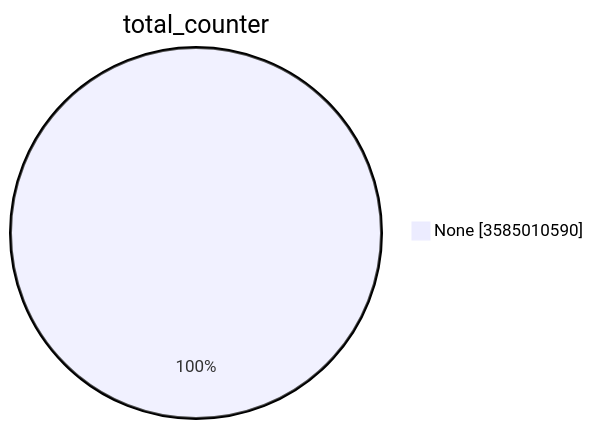
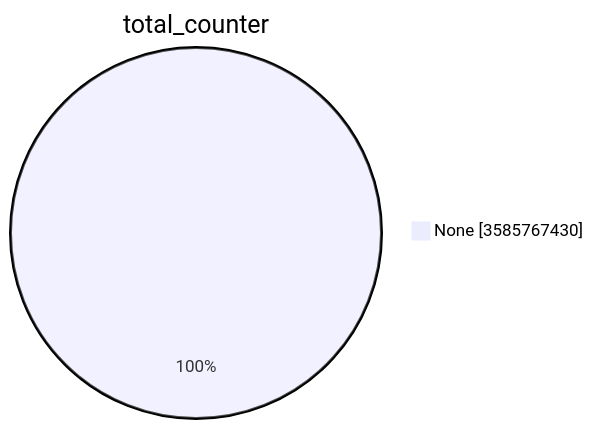
The first of 15 diagrams in TOTAL/README.md (christiankrug/ctmonitor_visualization), drawn with Mermaid before and after one commit. The commit also changed other lines of this file, not shown here.

````diff
--- a/TOTAL/README.md
+++ b/TOTAL/README.md
@@ -1,5 +1,5 @@
 ```mermaid
 pie showData
 title total_counter
-"None" :3585010590
+"None" :3585767430
 ```
````
